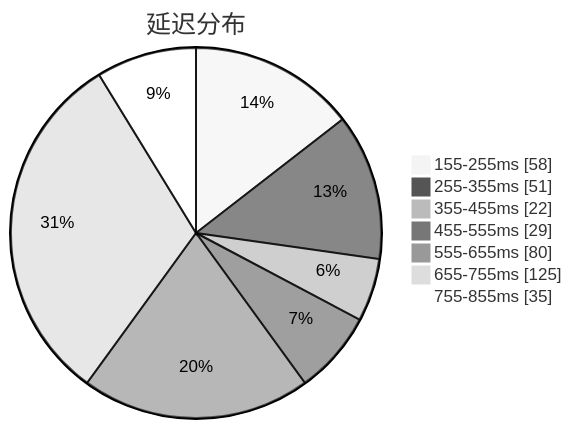
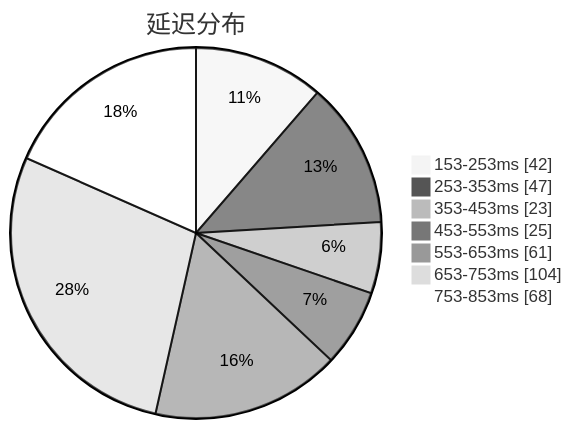
The first of 3 diagrams in subs/statistics/tested_within.md (qjlxg/airport), drawn with Mermaid (neutral theme) before and after one commit. The commit also changed other lines of this file and 2 other files, not shown here.

````diff
--- a/subs/statistics/tested_within.md
+++ b/subs/statistics/tested_within.md
@@ -2,11 +2,11 @@
 ```mermaid
 pie showData
 title 延迟分布
-"155-255ms" : 58
-"255-355ms" : 51
-"355-455ms" : 22
-"455-555ms" : 29
-"555-655ms" : 80
-"655-755ms" : 125
-"755-855ms" : 35
+"153-253ms" : 42
+"253-353ms" : 47
+"353-453ms" : 23
+"453-553ms" : 25
+"553-653ms" : 61
+"653-753ms" : 104
+"753-853ms" : 68
 ```
````
